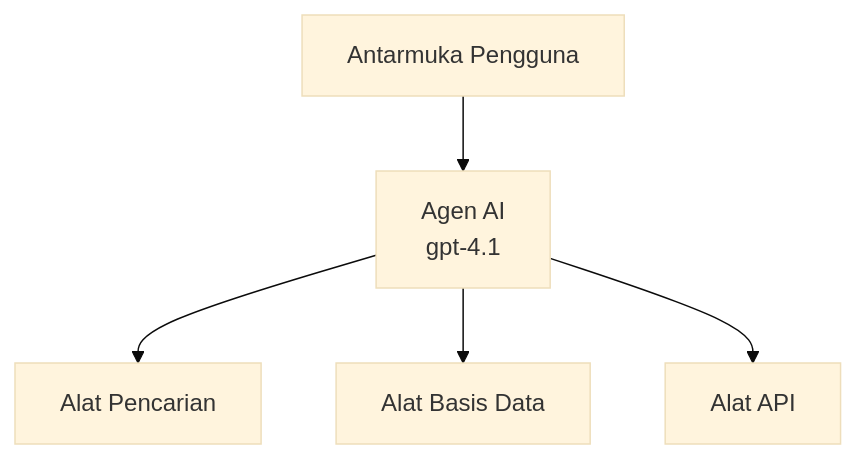
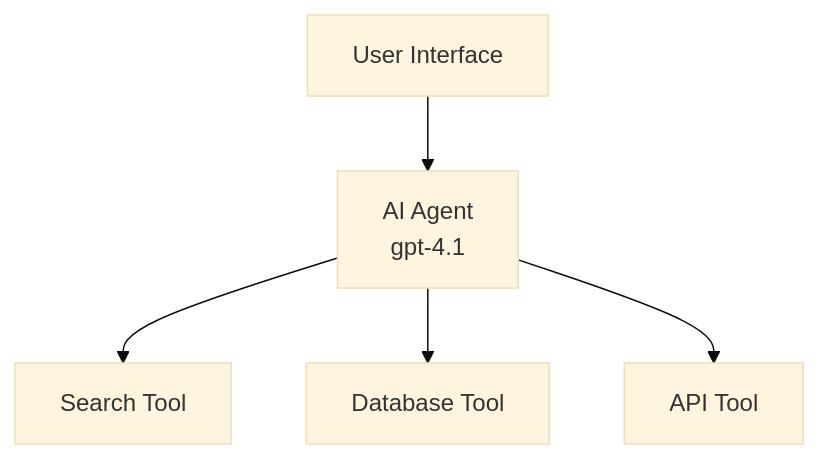
Before and after one commit to microsoft/AZD-for-beginners: the first of 3 diagrams in translations/id/docs/chapter-02-ai-development/agents.md, drawn with Mermaid (base theme). The commit also changed other lines of this file and 167 other files, not shown here.

````diff
--- a/translations/id/docs/chapter-02-ai-development/agents.md
+++ b/translations/id/docs/chapter-02-ai-development/agents.md
@@ -162,7 +159,7 @@
 ```mermaid
 graph TD
-    UI[Antarmuka Pengguna] --> Agent[Agen AI<br/>gpt-4.1]
-    Agent --> Search[Alat Pencarian]
-    Agent --> Database[Alat Basis Data]
-    Agent --> API[Alat API]
+    UI[User Interface] --> Agent[AI Agent<br/>gpt-4.1]
+    Agent --> Search[Search Tool]
+    Agent --> Database[Database Tool]
+    Agent --> API[API Tool]
 ```
````
